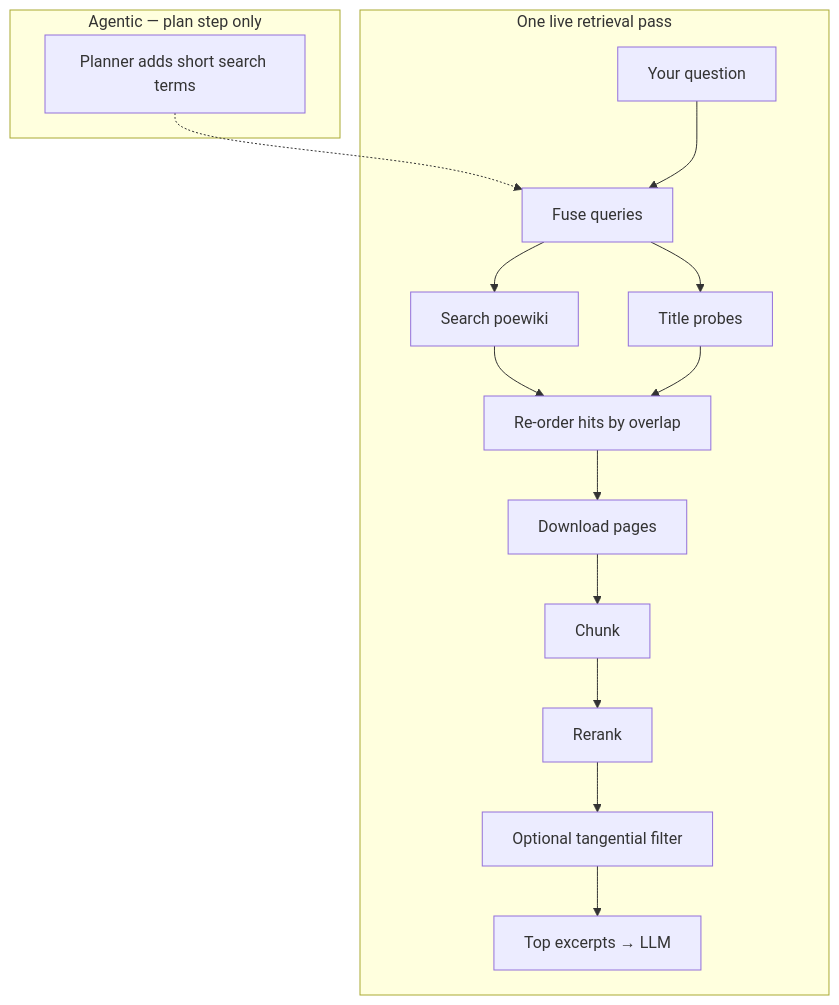
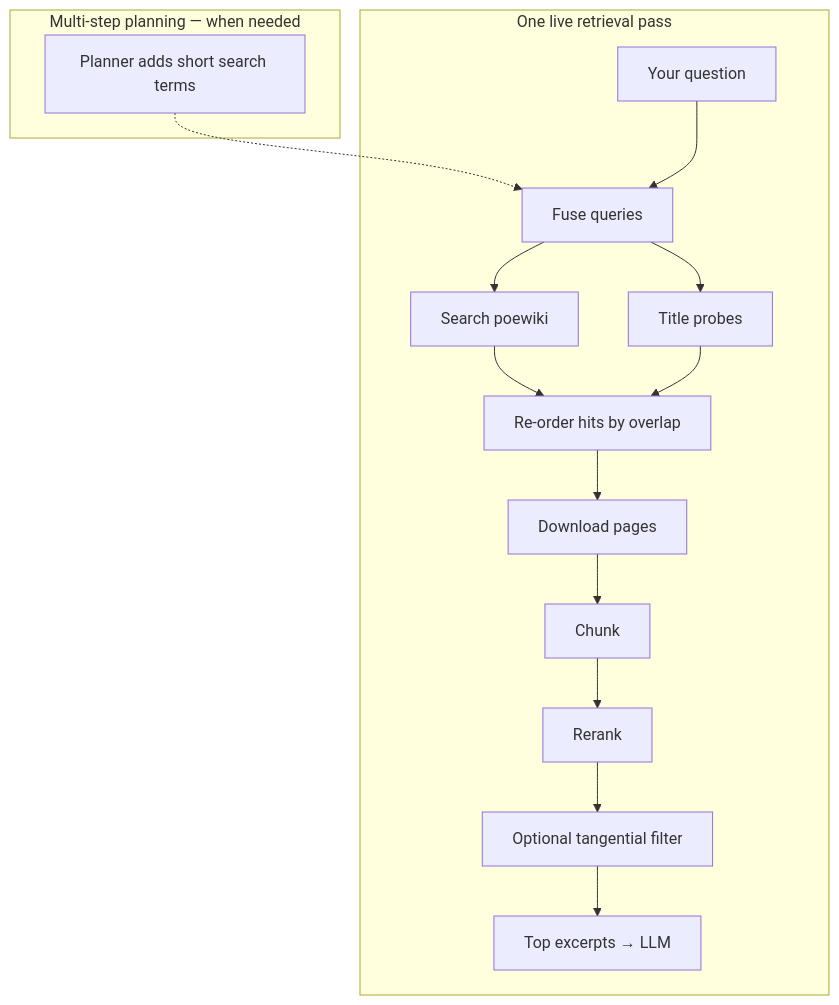
Before and after one commit to cent664/Siosa: the diagram in docs/README_HEADER.md, drawn with Mermaid. The commit also changed other lines of this file and 12 other files, not shown here.

First line of the commit message:
Split visitor Architecture docs from developer README.

````diff
--- a/docs/README_HEADER.md
+++ b/docs/README_HEADER.md
@@ -10,24 +9,24 @@
 ```mermaid
 flowchart TB
-  subgraph agentic["Agentic — plan step only"]
+  subgraph agentic["Multi-step planning — when needed"]
     PL[Planner adds short search terms]
   end
   subgraph pass["One live retrieval pass"]
     Q[Your question]
     F[Fuse queries]
     S[Search poewiki]
     T[Title probes]
     O[Re-order hits by overlap]
     DL[Download pages]
     C[Chunk]
     RR[Rerank]
     FT[Optional tangential filter]
     OUT[Top excerpts → LLM]
   end
   PL -.-> F
   Q --> F --> S
   F --> T
   S --> O
   T --> O
   O --> DL --> C --> RR --> FT --> OUT
 ```
````
